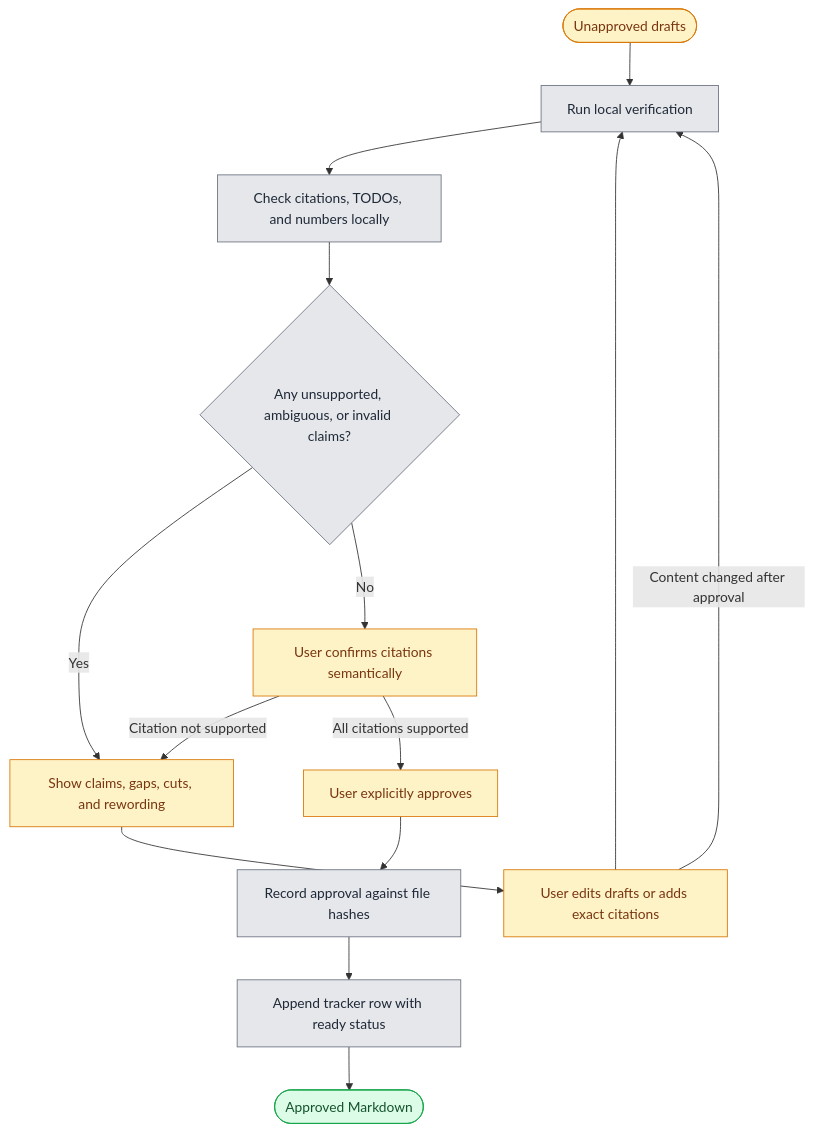
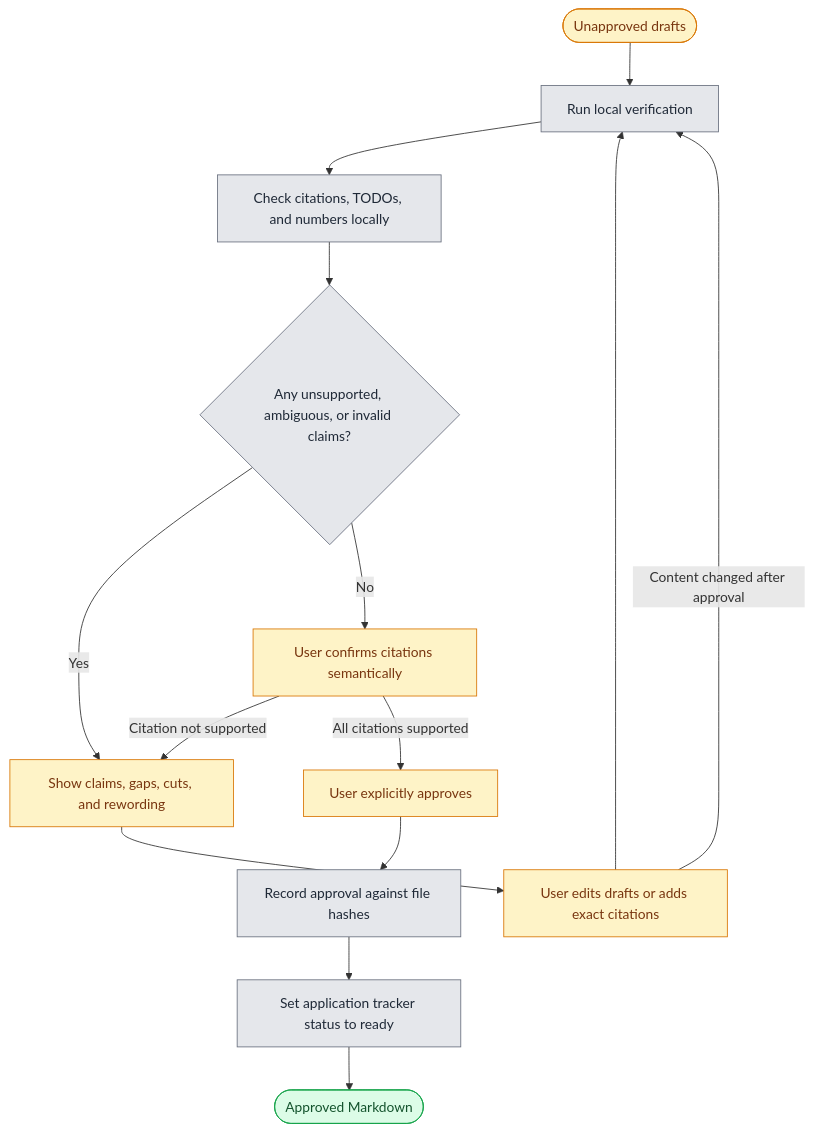
One commit to carriegale2710/master-resume changed the second of 4 diagrams in docs/PRODUCT-SPEC.md. Above: the diagram before and after it, drawn with Mermaid. The commit also changed other lines of this file, not shown here.

````diff
--- a/docs/PRODUCT-SPEC.md
+++ b/docs/PRODUCT-SPEC.md
@@ -102,24 +105,24 @@
 ```mermaid
 flowchart TD
     A([Unapproved drafts]) --> B[Run local verification]
     B --> C[Check citations, TODOs, and numbers locally]
     C --> D{Any unsupported, ambiguous, or invalid claims?}
     D -->|Yes| E[Show claims, gaps, cuts, and rewording]
     E --> F[User edits drafts or adds exact citations]
     F --> B
     D -->|No| G[User confirms citations semantically]
     G -->|Citation not supported| E
     G -->|All citations supported| H[User explicitly approves]
     H --> I[Record approval against file hashes]
-    I --> J[Append tracker row with ready status]
+    I --> J[Set application tracker status to ready]
     J --> K([Approved Markdown])
     F -->|Content changed after approval| B
     classDef ai fill:#dbeafe,stroke:#2563eb,color:#1e3a8a
     classDef system fill:#e5e7eb,stroke:#6b7280,color:#1f2937
     classDef user fill:#fef3c7,stroke:#d97706,color:#78350f
     classDef success fill:#dcfce7,stroke:#16a34a,color:#14532d
     classDef error fill:#fee2e2,stroke:#dc2626,color:#7f1d1d
     class A,E,F,G,H user
     class B,C,D,I,J system
     class K success
 ```
````
